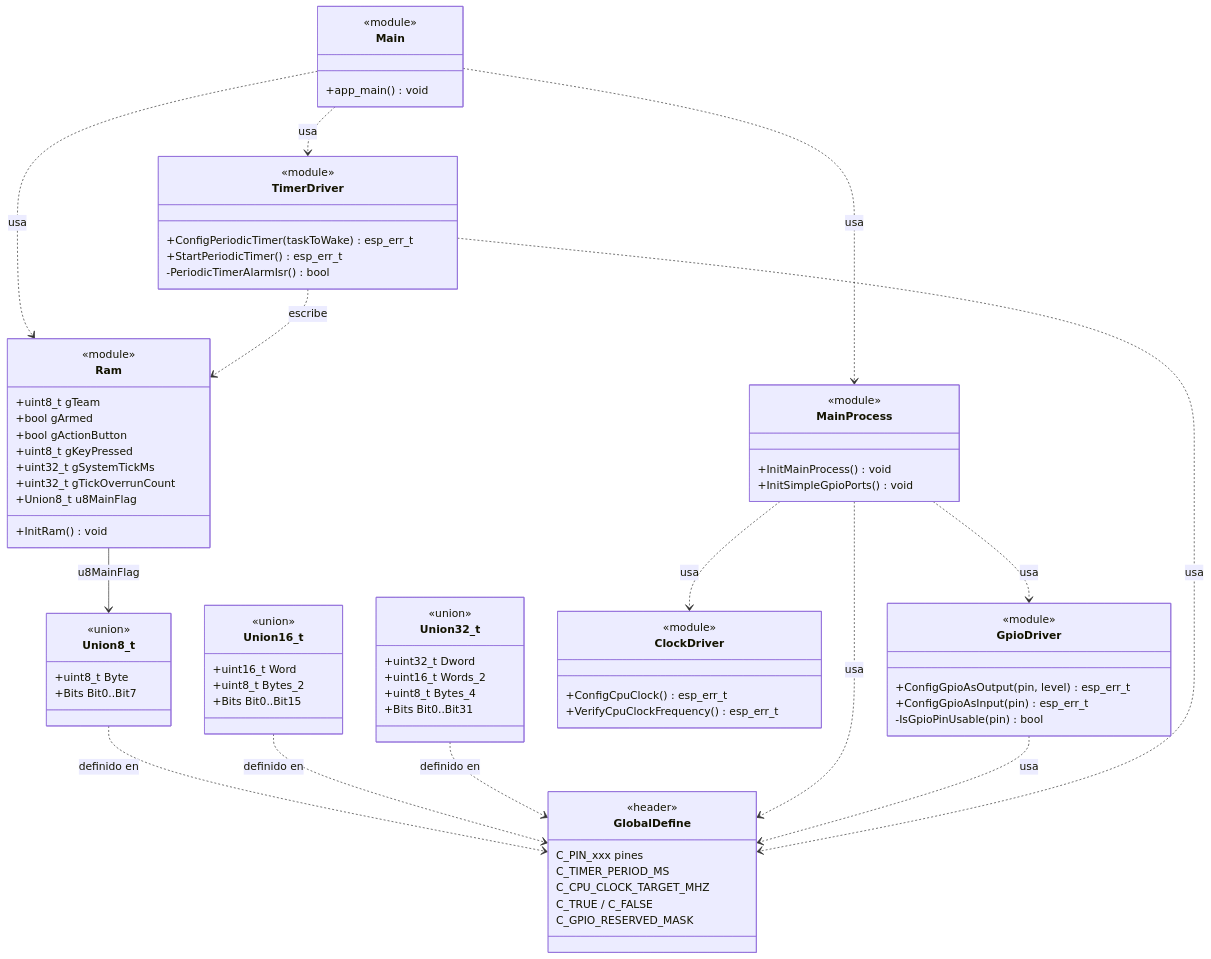
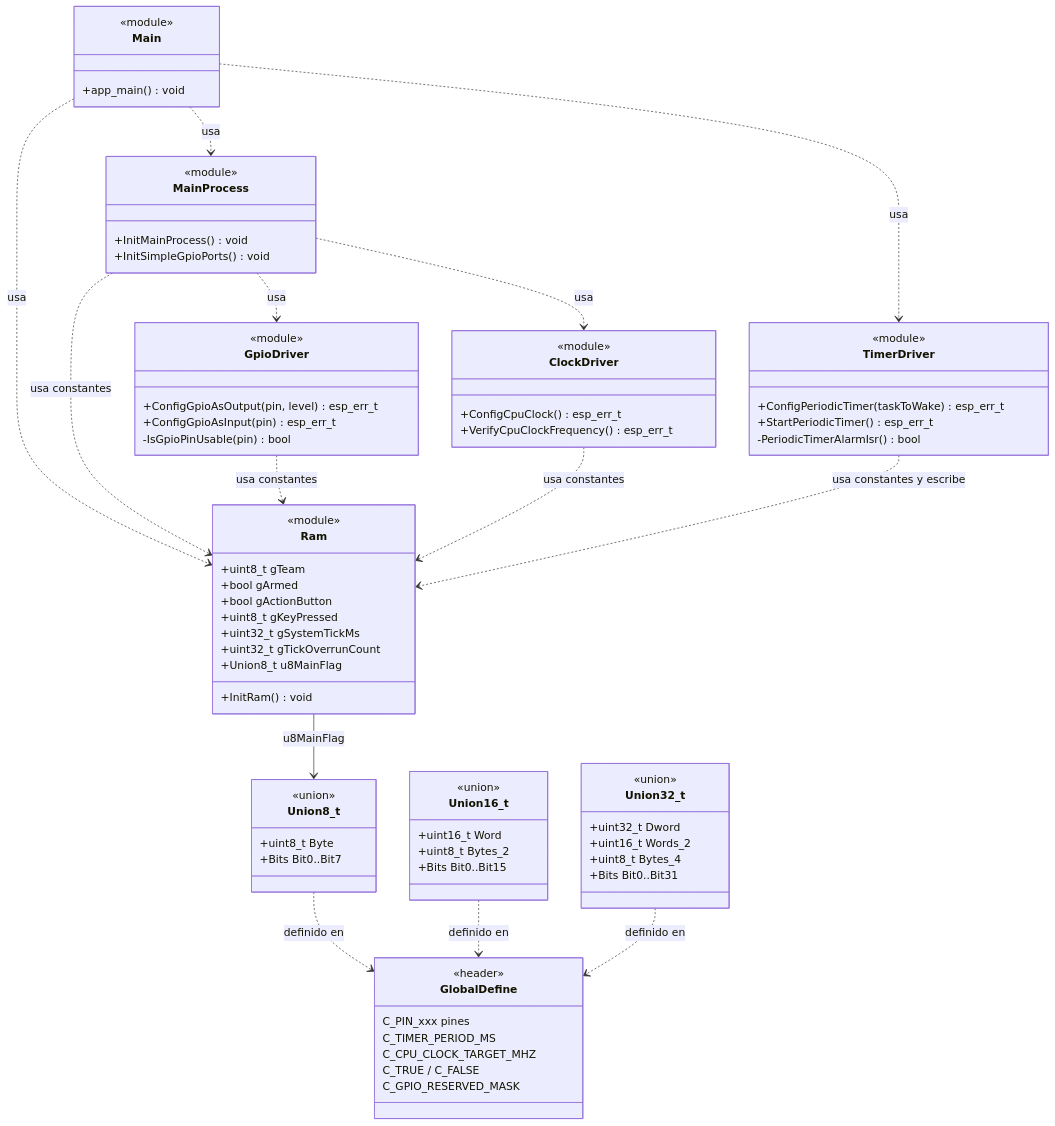
One commit to rodgutzal/Airsoft-MultipurposeGameModeTool changed the third of 6 diagrams in Sw/README.md. Above: the diagram before and after it, drawn with Mermaid. The commit also changed other lines of this file and 9 other files, not shown here.

Commit message:
Incluir Ram.h en lugar de GlobalDefine.h y agregar el interruptor C_RAM_EXPOSE_GLOBALS

````diff
--- a/Sw/README.md
+++ b/Sw/README.md
@@ -98,79 +98,79 @@
 ```mermaid
 classDiagram
   class GlobalDefine {
     <<header>>
     C_PIN_xxx pines
     C_TIMER_PERIOD_MS
     C_CPU_CLOCK_TARGET_MHZ
     C_TRUE / C_FALSE
     C_GPIO_RESERVED_MASK
   }
   class Union8_t {
     <<union>>
     +uint8_t Byte
     +Bits Bit0..Bit7
   }
   class Union16_t {
     <<union>>
     +uint16_t Word
     +uint8_t Bytes_2
     +Bits Bit0..Bit15
   }
   class Union32_t {
     <<union>>
     +uint32_t Dword
     +uint16_t Words_2
     +uint8_t Bytes_4
     +Bits Bit0..Bit31
   }
   class Ram {
     <<module>>
     +uint8_t gTeam
     +bool gArmed
     +bool gActionButton
     +uint8_t gKeyPressed
     +uint32_t gSystemTickMs
     +uint32_t gTickOverrunCount
     +Union8_t u8MainFlag
     +InitRam() void
   }
   class MainProcess {
     <<module>>
     +InitMainProcess() void
     +InitSimpleGpioPorts() void
   }
   class ClockDriver {
     <<module>>
     +ConfigCpuClock() esp_err_t
     +VerifyCpuClockFrequency() esp_err_t
   }
   class GpioDriver {
     <<module>>
     +ConfigGpioAsOutput(pin, level) esp_err_t
     +ConfigGpioAsInput(pin) esp_err_t
     -IsGpioPinUsable(pin) bool
   }
   class TimerDriver {
     <<module>>
     +ConfigPeriodicTimer(taskToWake) esp_err_t
     +StartPeriodicTimer() esp_err_t
     -PeriodicTimerAlarmIsr() bool
   }
   class Main {
     <<module>>
     +app_main() void
   }
   Union8_t ..> GlobalDefine : definido en
   Union16_t ..> GlobalDefine : definido en
   Union32_t ..> GlobalDefine : definido en
   Ram --> Union8_t : u8MainFlag
   Main ..> Ram : usa
   Main ..> MainProcess : usa
   Main ..> TimerDriver : usa
   MainProcess ..> ClockDriver : usa
   MainProcess ..> GpioDriver : usa
-  MainProcess ..> GlobalDefine : usa
-  GpioDriver ..> GlobalDefine : usa
-  TimerDriver ..> Ram : escribe
-  TimerDriver ..> GlobalDefine : usa
+  MainProcess ..> Ram : usa constantes
+  GpioDriver ..> Ram : usa constantes
+  ClockDriver ..> Ram : usa constantes
+  TimerDriver ..> Ram : usa constantes y escribe
 ```
````
